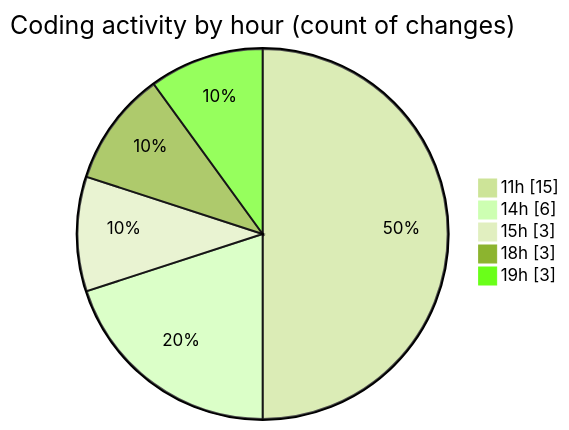
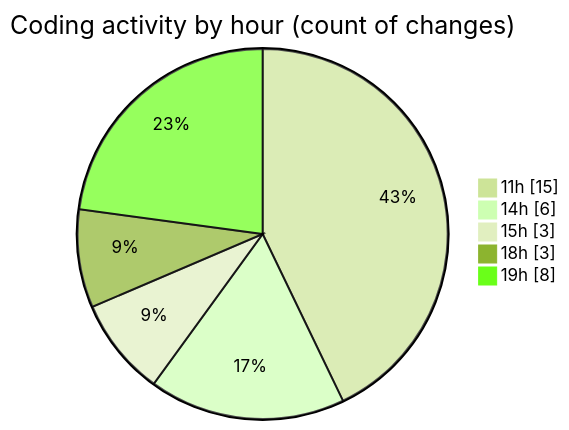
The second of 2 diagrams in 2025-12-12/nxtqube_webapp/README.md (nxtqubesakshisongat/code-tracking), drawn with Mermaid (forest theme) before and after one commit. The commit also changed other lines of this file and 1 other file, not shown here.

````diff
--- a/2025-12-12/nxtqube_webapp/README.md
+++ b/2025-12-12/nxtqube_webapp/README.md
@@ -33,9 +33,9 @@
 ```mermaid
 pie showData
 title Coding activity by hour (count of changes)
 "11h" : 15
 "14h" : 6
 "15h" : 3
 "18h" : 3
-"19h" : 3
+"19h" : 8
 ```
````
